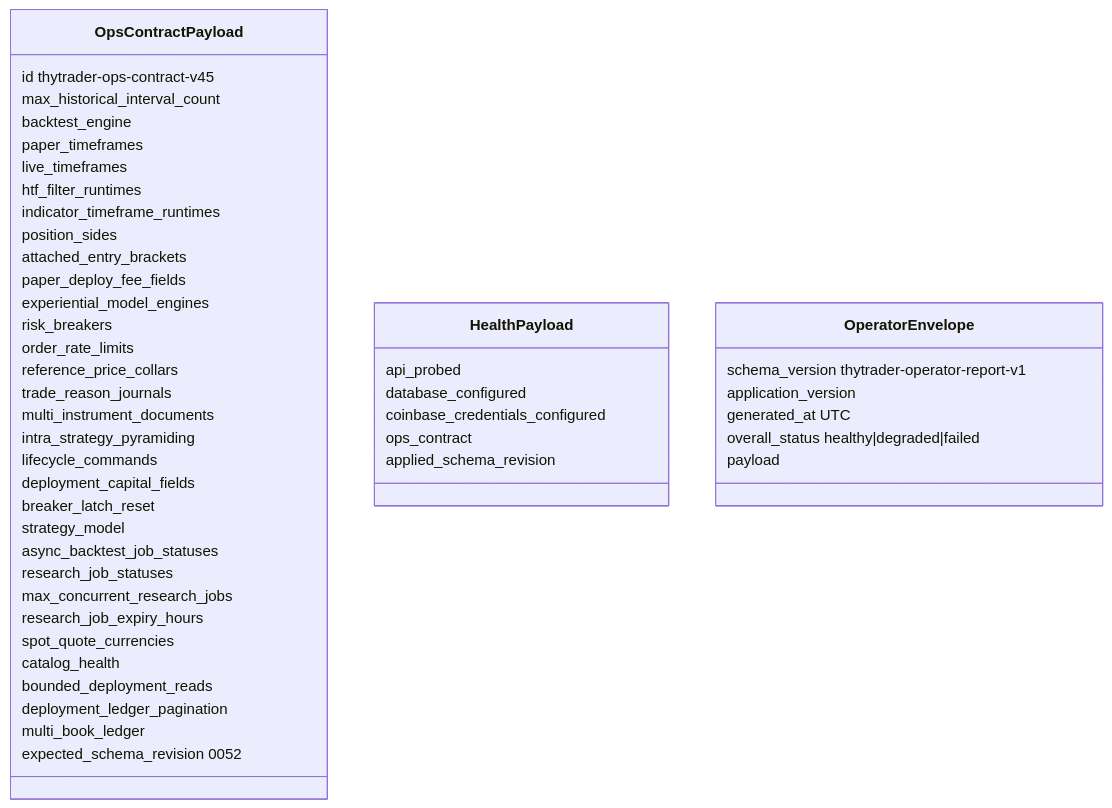
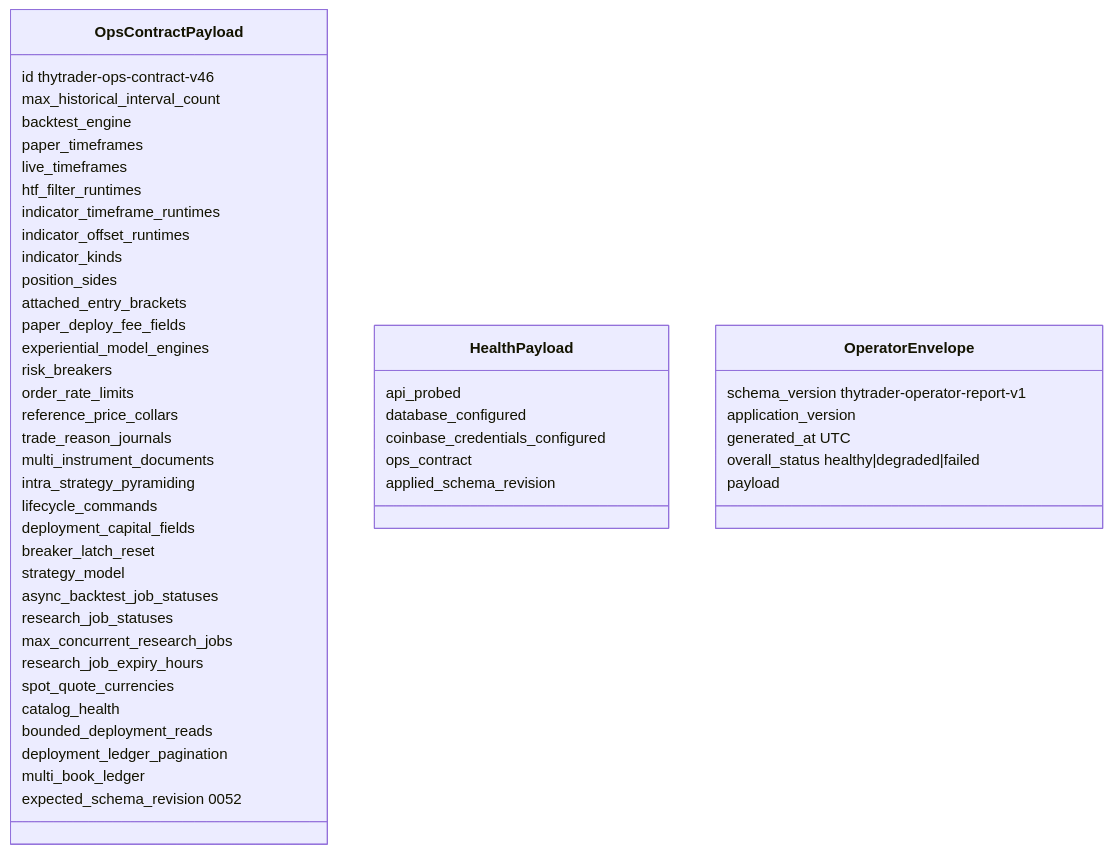
Before and after one commit to Zoltesh/thytrader: the diagram in docs/architecture/contracts/ops-contract.md, drawn with Mermaid. The commit also changed other lines of this file and 58 other files, not shown here.

````diff
--- a/docs/architecture/contracts/ops-contract.md
+++ b/docs/architecture/contracts/ops-contract.md
@@ -46,50 +48,52 @@
 ```mermaid
 classDiagram
   class OpsContractPayload {
-    id thytrader-ops-contract-v45
+    id thytrader-ops-contract-v46
     max_historical_interval_count
     backtest_engine
     paper_timeframes
     live_timeframes
     htf_filter_runtimes
     indicator_timeframe_runtimes
+    indicator_offset_runtimes
+    indicator_kinds
     position_sides
     attached_entry_brackets
     paper_deploy_fee_fields
     experiential_model_engines
     risk_breakers
     order_rate_limits
     reference_price_collars
     trade_reason_journals
     multi_instrument_documents
     intra_strategy_pyramiding
     lifecycle_commands
     deployment_capital_fields
     breaker_latch_reset
     strategy_model
     async_backtest_job_statuses
     research_job_statuses
     max_concurrent_research_jobs
     research_job_expiry_hours
     spot_quote_currencies
     catalog_health
     bounded_deployment_reads
     deployment_ledger_pagination
     multi_book_ledger
     expected_schema_revision 0052
   }
   class HealthPayload {
     api_probed
     database_configured
     coinbase_credentials_configured
     ops_contract
     applied_schema_revision
   }
   class OperatorEnvelope {
     schema_version thytrader-operator-report-v1
     application_version
     generated_at UTC
     overall_status healthy|degraded|failed
     payload
   }
 ```
````
